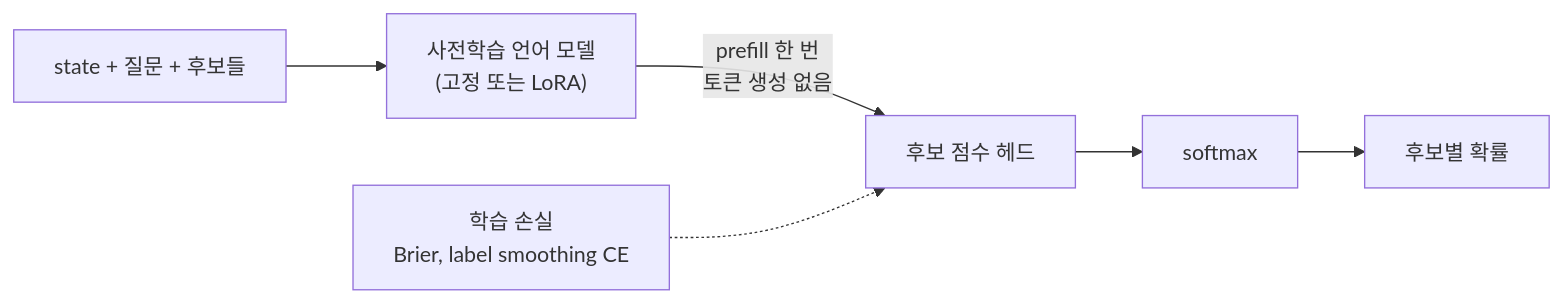
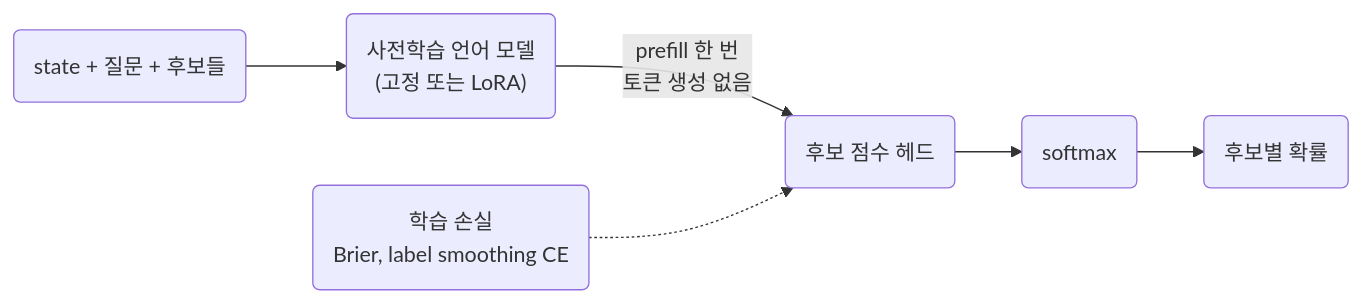
One commit to seujung/ai-research changed the second of 2 diagrams in docs/trends/posts/2026-10-18-jev-limits.md. Above: the diagram before and after it, drawn with Mermaid. The commit also changed other lines of this file and 176 other files, not shown here.

````diff
--- a/docs/trends/posts/2026-10-18-jev-limits.md
+++ b/docs/trends/posts/2026-10-18-jev-limits.md
@@ -175,7 +175,7 @@
 ```mermaid
 flowchart LR
-    X["state + 질문 + 후보들"] --> B["사전학습 언어 모델<br/>(고정 또는 LoRA)"]
-    B -->|"prefill 한 번<br/>토큰 생성 없음"| H["후보 점수 헤드"]
-    H --> SM["softmax"] --> P["후보별 확률"]
-    L["학습 손실<br/>Brier, label smoothing CE"] -.-> H
+    X("state + 질문 + 후보들") --> B("사전학습 언어 모델<br/>(고정 또는 LoRA)")
+    B -->|"prefill 한 번<br/>토큰 생성 없음"| H("후보 점수 헤드")
+    H --> SM("softmax") --> P("후보별 확률")
+    L("학습 손실<br/>Brier, label smoothing CE") -.-> H
 ```
````
